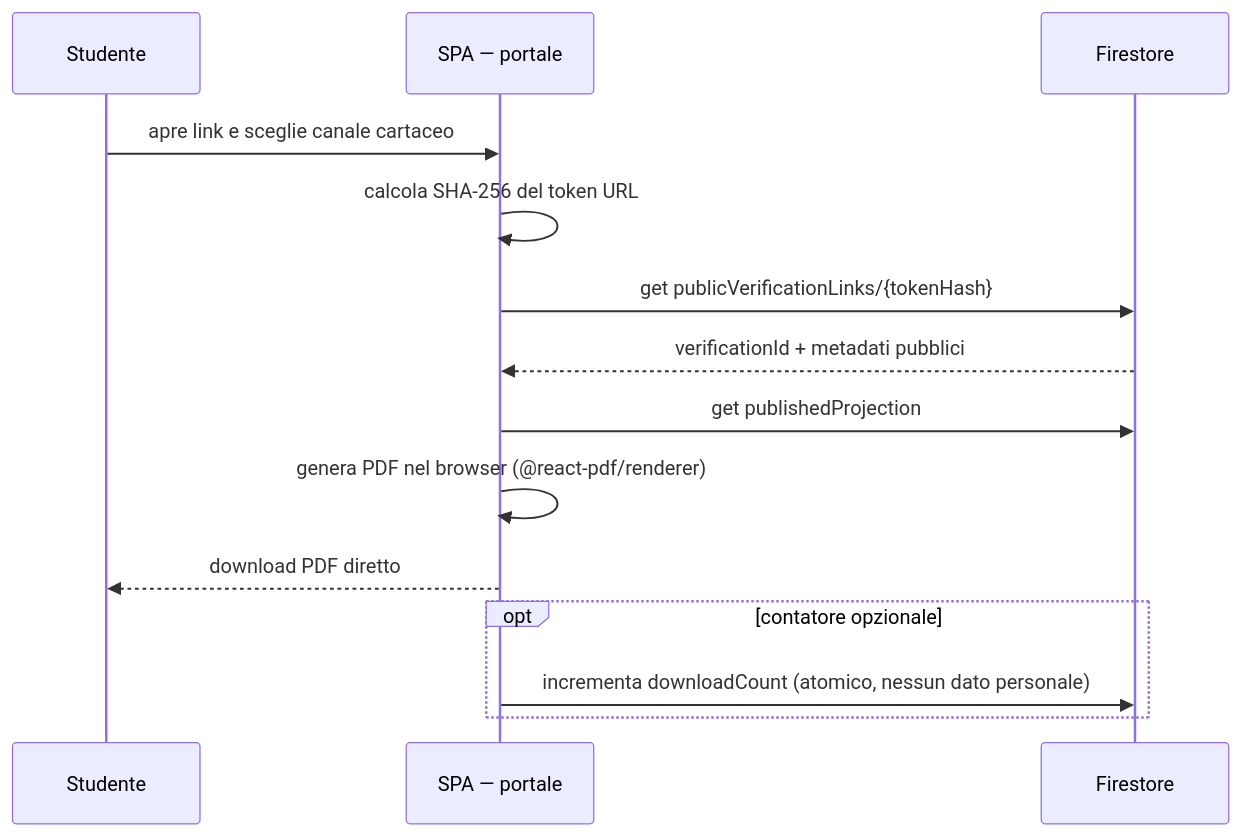
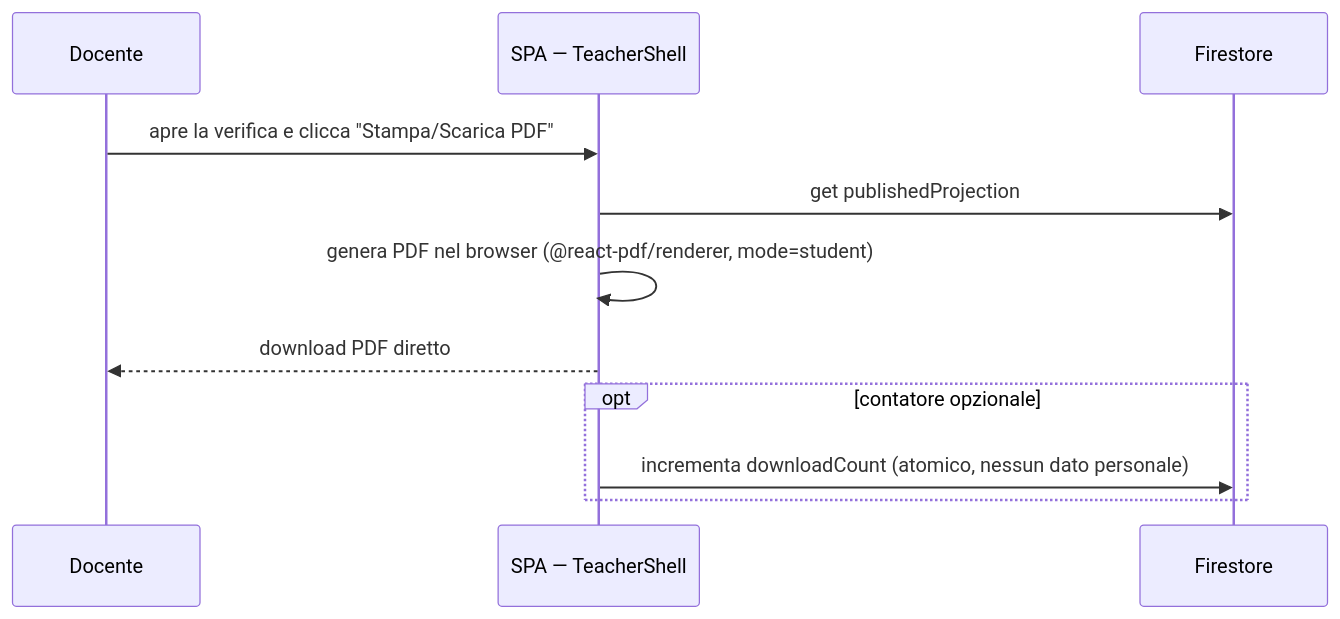
The second of 3 diagrams in documentazione/architettura.md (EnricoPaparo/SchoolForge), drawn with Mermaid before and after one commit. The commit also changed other lines of this file and 14 other files, not shown here.

First line of the commit message:
docs: formalizzare M3-lite (portale studente Google, read-only)

````diff
--- a/documentazione/architettura.md
+++ b/documentazione/architettura.md
@@ -267,17 +302,14 @@
 ```mermaid
 sequenceDiagram
-    participant S as Studente
-    participant SPA as SPA — portale
+    participant D as Docente
+    participant SPA as SPA — TeacherShell
     participant F as Firestore
 
-    S->>SPA: apre link e sceglie canale cartaceo
-    SPA->>SPA: calcola SHA-256 del token URL
-    SPA->>F: get publicVerificationLinks/{tokenHash}
-    F-->>SPA: verificationId + metadati pubblici
+    D->>SPA: apre la verifica e clicca "Stampa/Scarica PDF"
     SPA->>F: get publishedProjection
-    SPA->>SPA: genera PDF nel browser (@react-pdf/renderer)
-    SPA-->>S: download PDF diretto
+    SPA->>SPA: genera PDF nel browser (@react-pdf/renderer, mode=student)
+    SPA-->>D: download PDF diretto
     opt contatore opzionale
         SPA->>F: incrementa downloadCount (atomico, nessun dato personale)
     end
 ```
````
